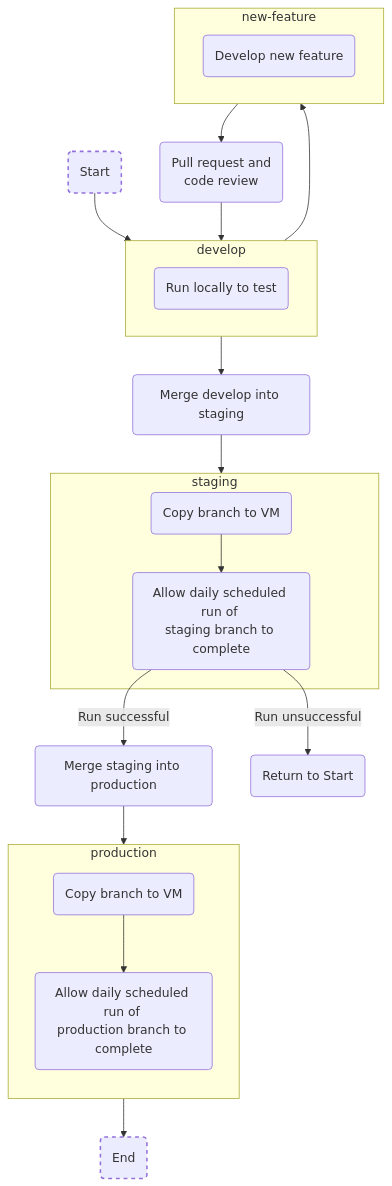
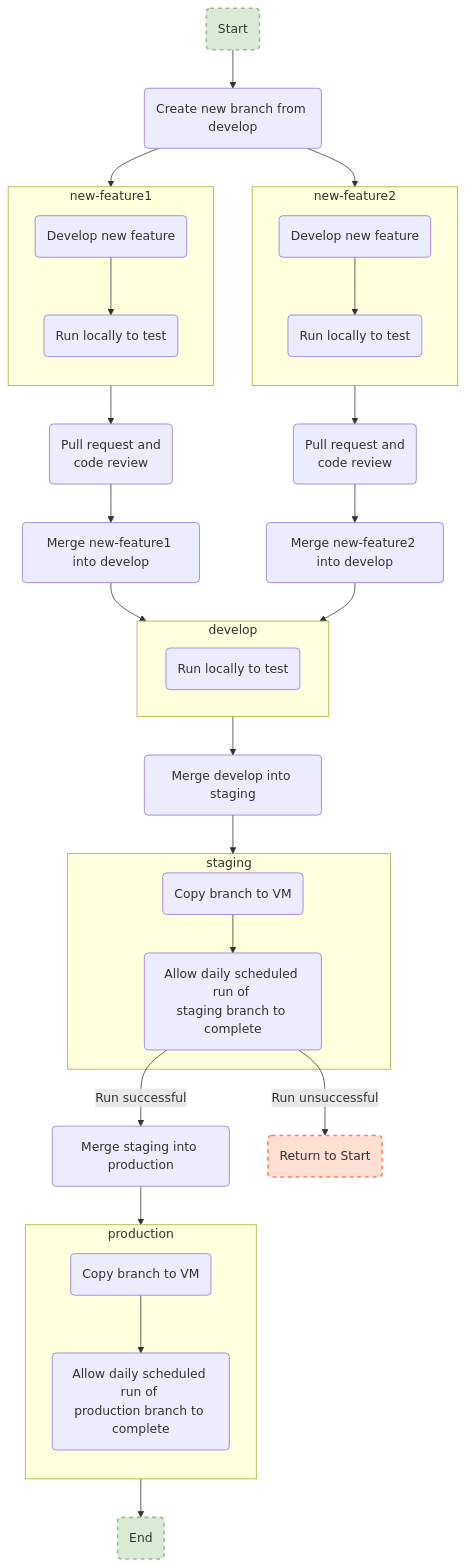
One commit to alice-hannah/loose-code changed the diagram in test-flow.md. Above: the diagram before and after it, drawn with Mermaid. The commit also changed other lines of this file, not shown here.

````diff
--- a/test-flow.md
+++ b/test-flow.md
@@ -1,33 +2,48 @@
 ```mermaid
 flowchart TB
+  subgraph nf1 [new-feature1]
+    direction TB
+    nf1.1(Develop new feature)
+    nf1.2(Run locally to test)
+    nf1.1 --> nf1.2
+  end
+  subgraph nf2 [new-feature2]
+    direction TB
+    nf2.1(Develop new feature)
+    nf2.2(Run locally to test)
+    nf2.1 --> nf2.2
+  end
   subgraph d [develop]
     d1(Run locally to test)
-  end
-  subgraph f [new-feature]
-    f1(Develop new feature)
   end
   subgraph s [staging]
     s1(Copy branch to VM)
     s2(Allow daily scheduled run of <br>staging branch to complete)
     s1 --> s2
   end
   subgraph p [production]
     direction TB
     p1(Copy branch to VM)
     p2(Allow daily scheduled run of <br>production branch to complete)
     p1 --> p2
   end
-  start(Start) --> d
-  d --> f
-  pr(Pull request and <br>code review)
-  f --> pr --> d
+  start(Start) --> new.branch(Create new branch from develop)
+  new.branch --> nf1
+  new.branch --> nf2
+  pr1(Pull request and <br>code review)
+  pr2(Pull request and <br>code review)
+  m.fd1(Merge new-feature1 into develop)
+  m.fd2(Merge new-feature2 into develop)
+  nf1 --> pr1 --> m.fd1 --> d
+  nf2 --> pr2 --> m.fd2 --> d
   m.ds(Merge develop into staging)
   d --> m.ds
   m.ds --> s
   s2-- Run successful --> m.sp(Merge staging into production)
   s2-- Run unsuccessful --> return(Return to Start)
   m.sp --> p
   p --> e(End)
-  style start stroke-width:2px,stroke-dasharray: 5 5
-  style e stroke-width:2px,stroke-dasharray: 5 5
+  classDef SE fill:#dbead5,stroke:#93bf85,stroke-width:2px,stroke-dasharray: 5 5;
+  class start,e SE
+  style return fill:#ffdfd4,stroke:#ff7b5a,stroke-width:2px,stroke-dasharray: 5 5
 ```
````
